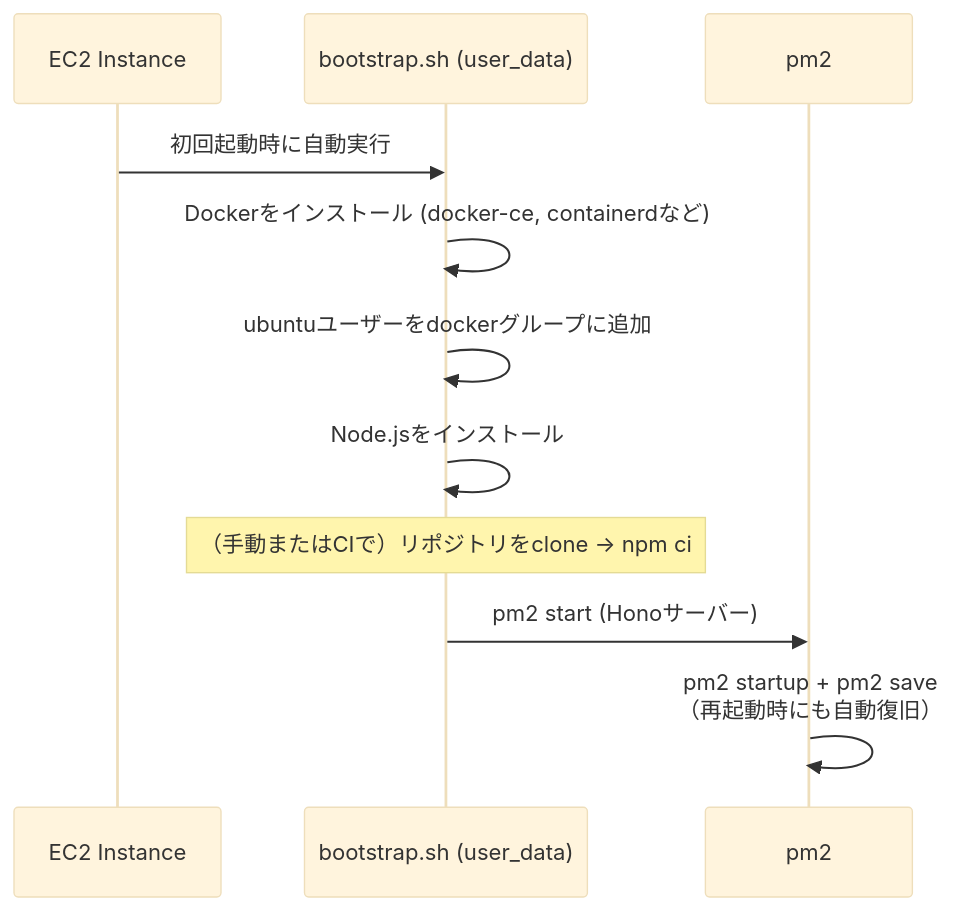
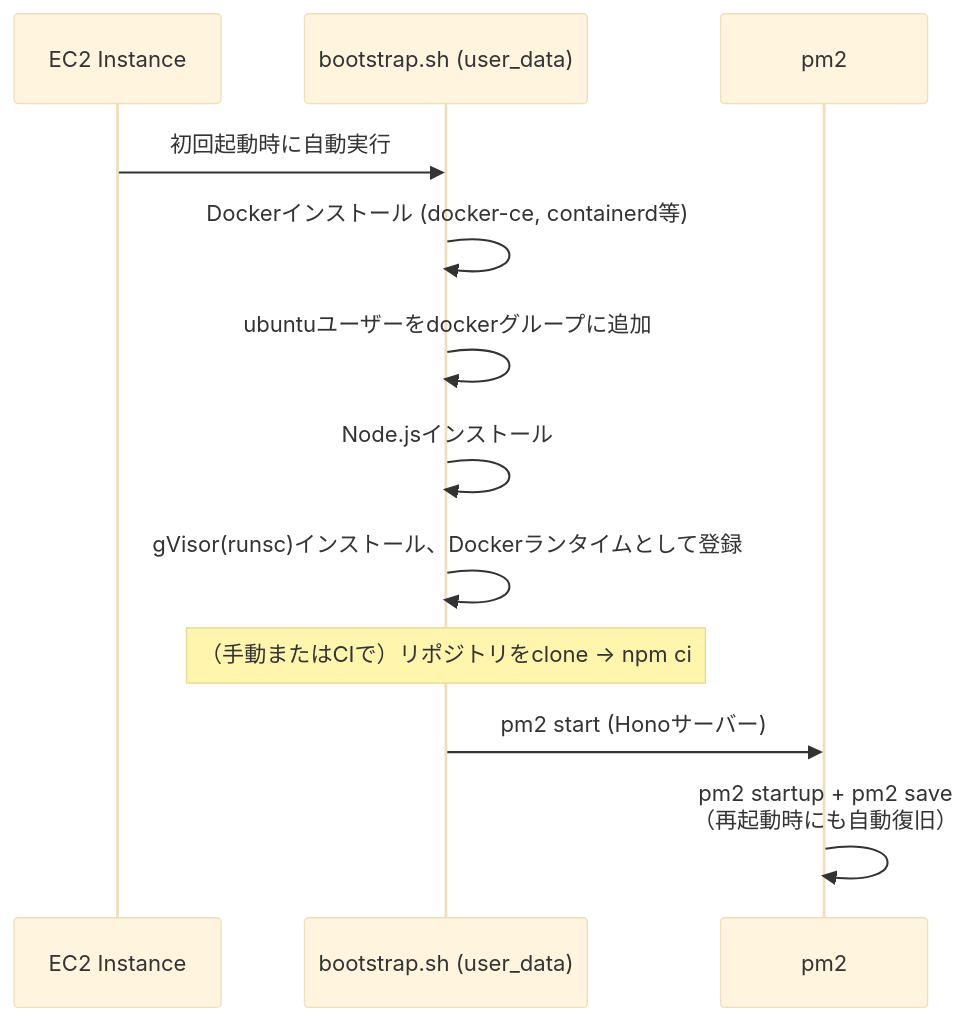
One commit to shouk12345/Web-Code-Runner changed the second of 3 diagrams in terraform/README.md. Above: the diagram before and after it, drawn with Mermaid (base theme). The commit also changed other lines of this file and 1 other file, not shown here.

````diff
--- a/terraform/README.md
+++ b/terraform/README.md
@@ -53,14 +54,15 @@
 ```mermaid
 sequenceDiagram
     participant EC2 as EC2 Instance
     participant Boot as bootstrap.sh (user_data)
     participant PM2 as pm2
- 
+
     EC2->>Boot: 初回起動時に自動実行
-    Boot->>Boot: Dockerをインストール (docker-ce, containerdなど)
+    Boot->>Boot: Dockerインストール (docker-ce, containerd等)
     Boot->>Boot: ubuntuユーザーをdockerグループに追加
-    Boot->>Boot: Node.jsをインストール
+    Boot->>Boot: Node.jsインストール
+    Boot->>Boot: gVisor(runsc)インストール、Dockerランタイムとして登録
     Note over Boot: （手動またはCIで）リポジトリをclone → npm ci
     Boot->>PM2: pm2 start (Honoサーバー)
     PM2->>PM2: pm2 startup + pm2 save<br/>（再起動時にも自動復旧）
 ```
````
